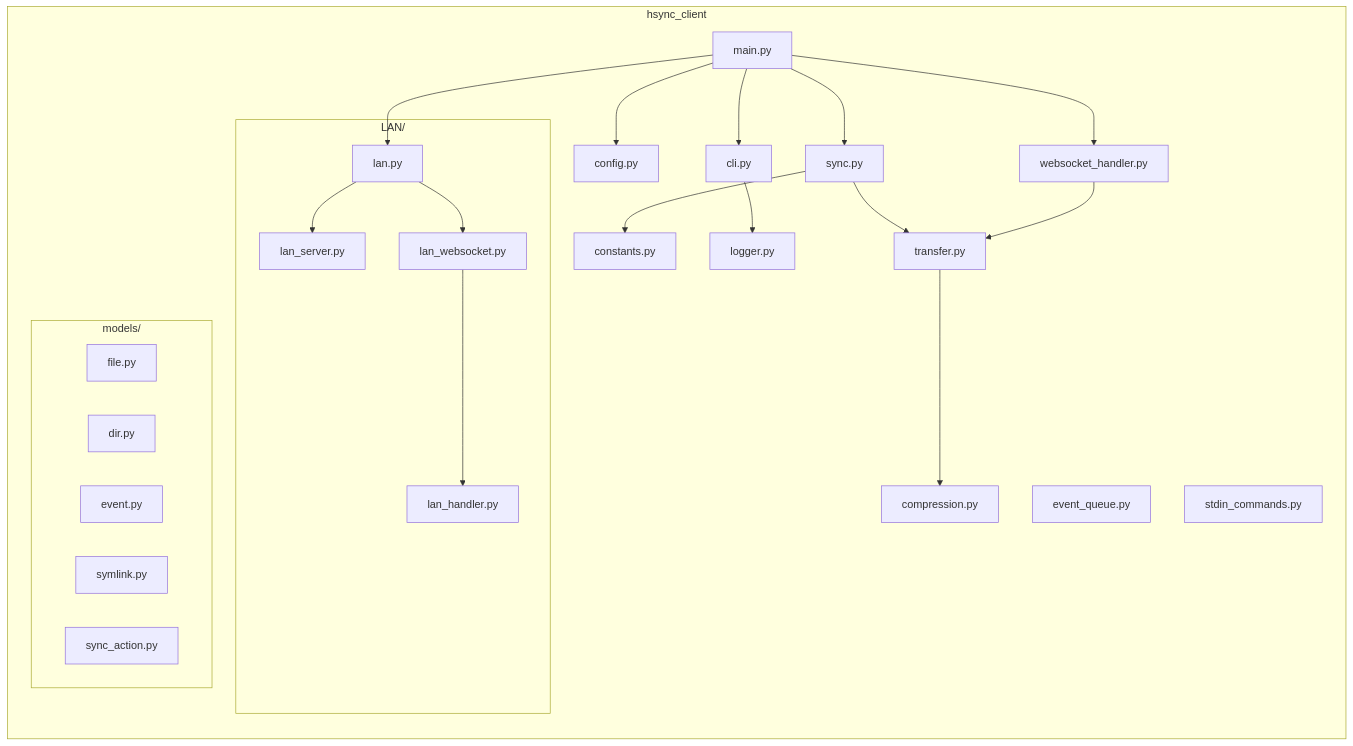
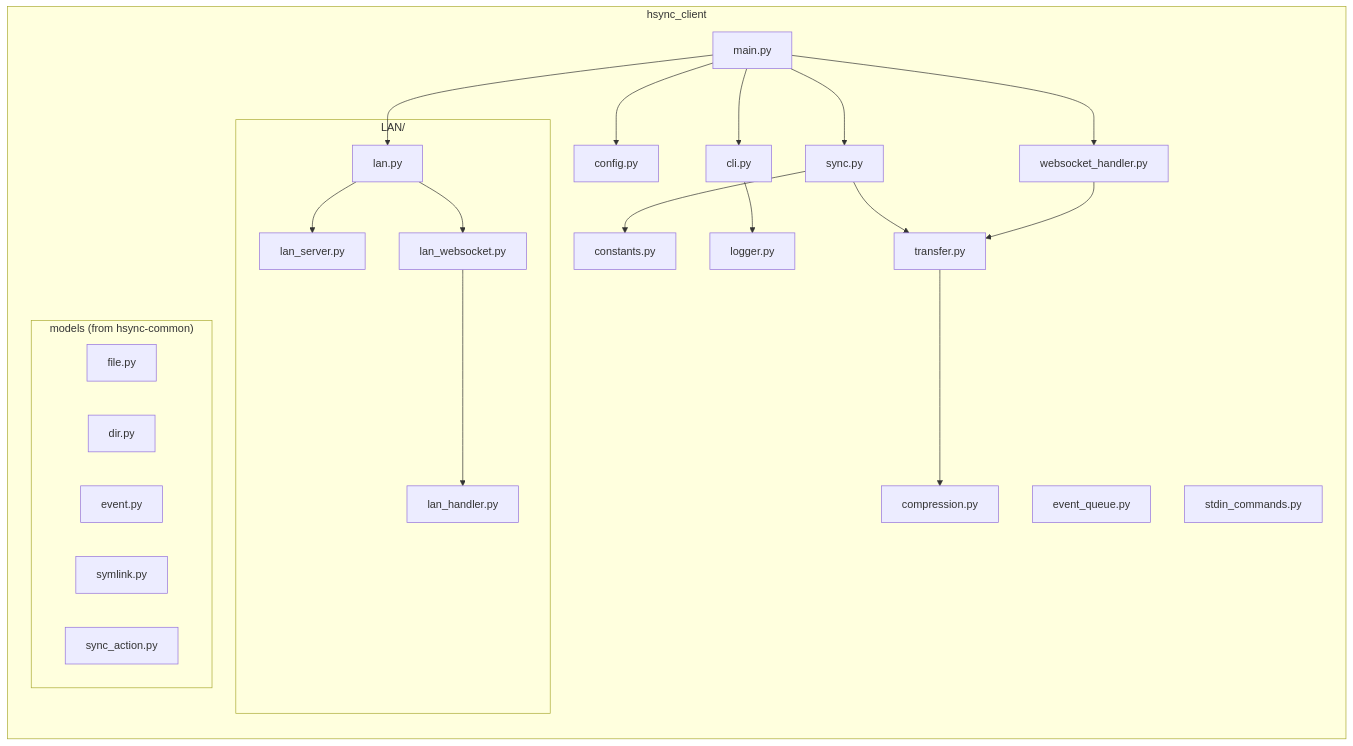
The first of 3 diagrams in docs/internal/developer.md (albertsdk/hsync-client), drawn with Mermaid before and after one commit. The commit also changed 2 other files, not shown here.

Commit message:
docs: update testing guide, fix models diagram, add .env and LAN key examples

````diff
--- a/docs/internal/developer.md
+++ b/docs/internal/developer.md
@@ -23,45 +23,45 @@
 ```mermaid
 graph LR
     subgraph "hsync_client"
         main[main.py]
         cli[cli.py]
         config[config.py]
         constants[constants.py]
         sync[sync.py]
         transfer[transfer.py]
         websocket[websocket_handler.py]
         logger[logger.py]
         event_queue[event_queue.py]
         compression[compression.py]
         stdin[stdin_commands.py]
 
         subgraph "LAN/"
             lan[lan.py]
             lan_server[lan_server.py]
             lan_websocket[lan_websocket.py]
             lan_handler[lan_handler.py]
         end
 
-        subgraph "models/"
+        subgraph "models (from hsync-common)"
             file[file.py]
             dir[dir.py]
             event[event.py]
             symlink[symlink.py]
             sync_action[sync_action.py]
         end
     end
 
     main --> cli
     main --> config
     main --> sync
     main --> websocket
     sync --> transfer
     sync --> constants
     websocket --> transfer
     cli --> logger
     main --> lan
     lan --> lan_server
     lan --> lan_websocket
     lan_websocket --> lan_handler
     transfer --> compression
 ```
````
